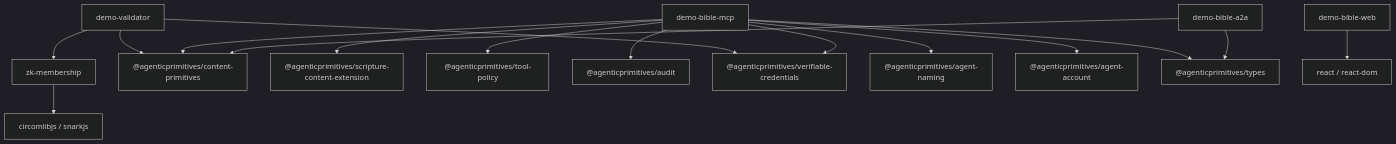
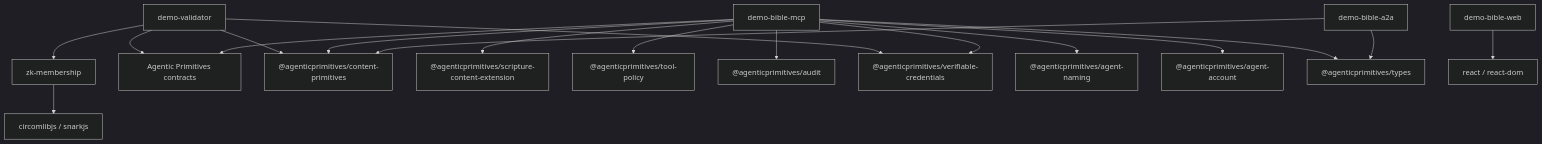
The first of 7 diagrams in documents/technical-architecture.md (rpedersen3/verifiable-content-demo), drawn with Mermaid (dark theme) before and after one commit. The commit also changed other lines of this file and 13 other files, not shown here.

````diff
--- a/documents/technical-architecture.md
+++ b/documents/technical-architecture.md
@@ -26,33 +26,36 @@
 ```mermaid
 flowchart TD
   Web["demo-bible-web"]
   A2A["demo-bible-a2a"]
   MCP["demo-bible-mcp"]
   Validator["demo-validator"]
   ZK["zk-membership"]
+  Contracts["Agentic Primitives contracts"]
   CP["@agenticprimitives/content-primitives"]
   Scripture["@agenticprimitives/scripture-content-extension"]
   Policy["@agenticprimitives/tool-policy"]
   Audit["@agenticprimitives/audit"]
   VC["@agenticprimitives/verifiable-credentials"]
   Naming["@agenticprimitives/agent-naming"]
   Account["@agenticprimitives/agent-account"]
   Snark["circomlibjs / snarkjs"]
   Types["@agenticprimitives/types"]
 
   Web --> React["react / react-dom"]
   A2A --> CP
   A2A --> Types
   MCP --> CP
   MCP --> Scripture
   MCP --> Policy
   MCP --> Audit
   MCP --> VC
   MCP --> Naming
   MCP --> Account
   MCP --> Types
   Validator --> CP
   Validator --> VC
   Validator --> ZK
   ZK --> Snark
+  MCP --> Contracts
+  Validator --> Contracts
 ```
````
